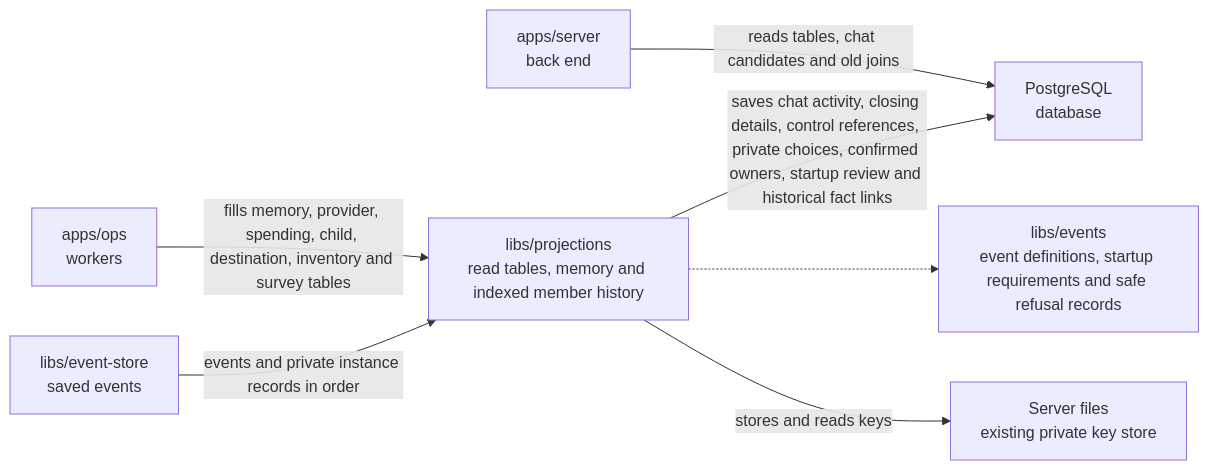
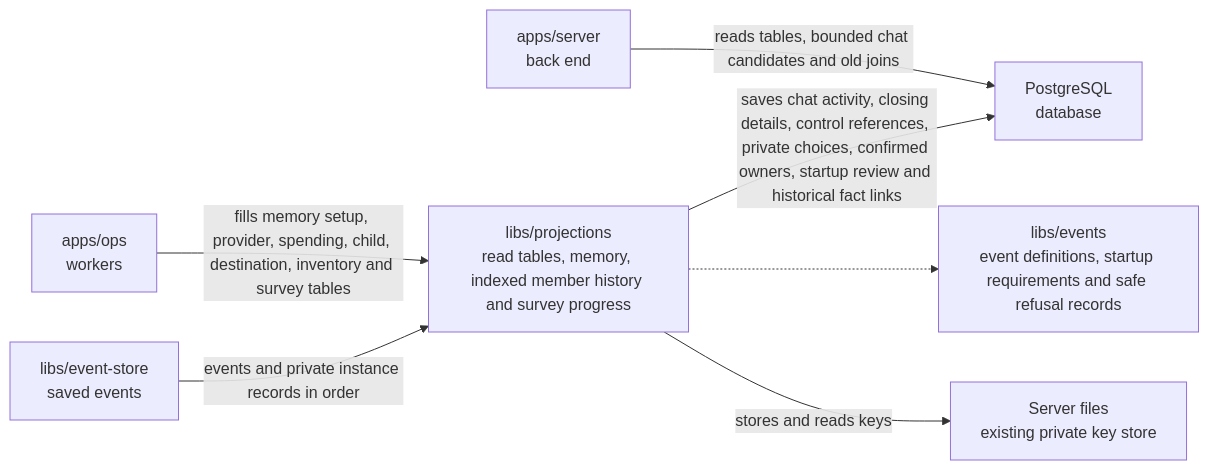
Before and after one commit to elewa-git/opencrane-new: the diagram in libs/projections/README.md, drawn with Mermaid. The commit also changed other lines of this file and 15 other files, not shown here.

````diff
--- a/libs/projections/README.md
+++ b/libs/projections/README.md
@@ -23,9 +23,9 @@
 ```mermaid
 flowchart LR
-  ops["apps/ops<br/>workers"] -->|fills memory, provider, spending, child, destination, inventory and survey tables| projections["libs/projections<br/>read tables, memory and indexed member history"]
-  server["apps/server<br/>back end"] -->|reads tables, chat candidates and old joins| pg["PostgreSQL<br/>database"]
+  ops["apps/ops<br/>workers"] -->|fills memory setup, provider, spending, child, destination, inventory and survey tables| projections["libs/projections<br/>read tables, memory, indexed member history and survey progress"]
+  server["apps/server<br/>back end"] -->|reads tables, bounded chat candidates and old joins| pg["PostgreSQL<br/>database"]
   projections -->|saves chat activity, closing details, control references, private choices, confirmed owners, startup review and historical fact links| pg
   store["libs/event-store<br/>saved events"] -->|events and private instance records in order| projections
   projections -.-> events["libs/events<br/>event definitions, startup requirements and safe refusal records"]
   projections -->|stores and reads keys| keys["Server files<br/>existing private key store"]
 ```
````
